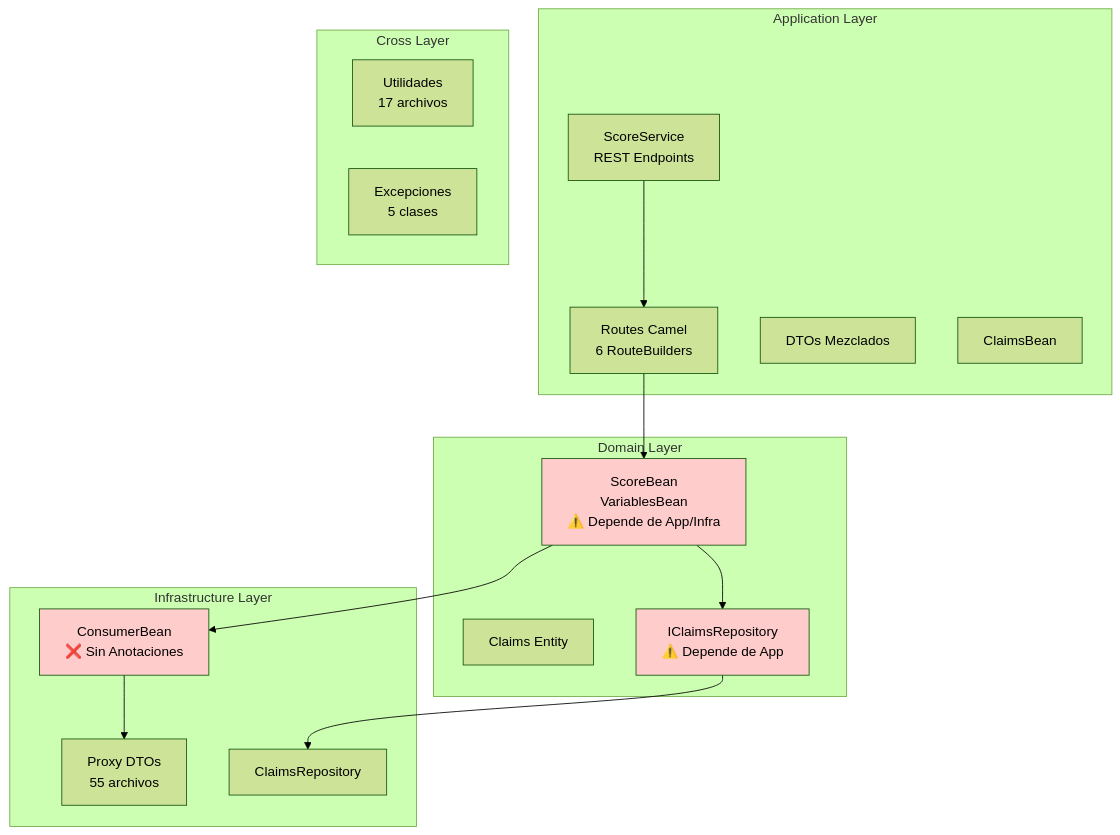
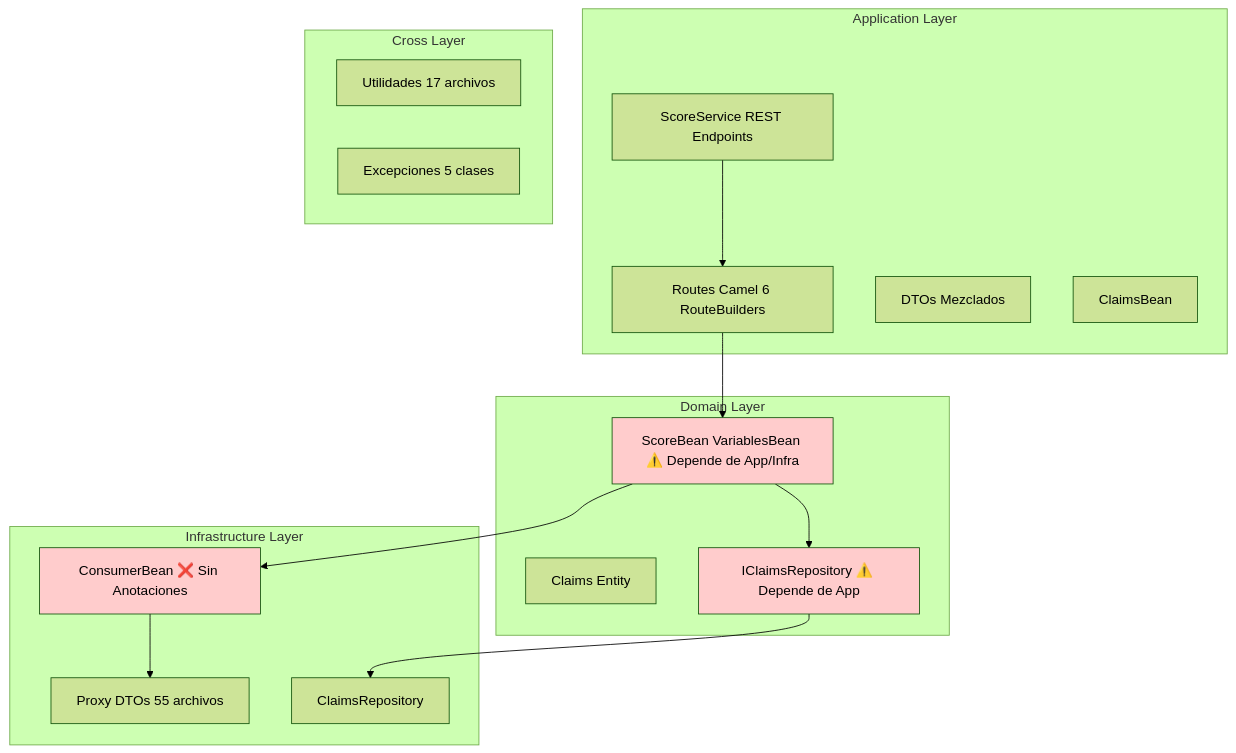
Before and after one commit to rrondinel/documents: diagram 14 of 27 in DIAGRAMAS_MERMAID_COMPARATIVOS.md, drawn with Mermaid (forest theme). The commit also changed other lines of this file, not shown here.

````diff
--- a/DIAGRAMAS_MERMAID_COMPARATIVOS.md
+++ b/DIAGRAMAS_MERMAID_COMPARATIVOS.md
@@ -577,37 +577,37 @@
 ```mermaid
 graph TB
     subgraph "Application Layer"
-        AppRoute[Routes Camel<br/>6 RouteBuilders]
-        AppService[ScoreService<br/>REST Endpoints]
-        AppDTO[DTOs Mezclados]
-        AppBean[ClaimsBean]
+        AppRoute["Routes Camel 6 RouteBuilders"]
+        AppService["ScoreService REST Endpoints"]
+        AppDTO["DTOs Mezclados"]
+        AppBean["ClaimsBean"]
     end
     
     subgraph "Domain Layer"
-        DomBean[ScoreBean<br/>VariablesBean<br/>⚠️ Depende de App/Infra]
-        DomEntity[Claims Entity]
-        DomRepo[IClaimsRepository<br/>⚠️ Depende de App]
+        DomBean["ScoreBean VariablesBean ⚠️ Depende de App/Infra"]
+        DomEntity["Claims Entity"]
+        DomRepo["IClaimsRepository ⚠️ Depende de App"]
     end
     
     subgraph "Infrastructure Layer"
-        InfraBean[ConsumerBean<br/>❌ Sin Anotaciones]
-        InfraProxy[Proxy DTOs<br/>55 archivos]
-        InfraRepo[ClaimsRepository]
+        InfraBean["ConsumerBean ❌ Sin Anotaciones"]
+        InfraProxy["Proxy DTOs 55 archivos"]
+        InfraRepo["ClaimsRepository"]
     end
     
     subgraph "Cross Layer"
-        CrossUtil[Utilidades<br/>17 archivos]
-        CrossExc[Excepciones<br/>5 clases]
+        CrossUtil["Utilidades 17 archivos"]
+        CrossExc["Excepciones 5 clases"]
     end
     
     AppService --> AppRoute
     AppRoute --> DomBean
     DomBean --> InfraBean
     InfraBean --> InfraProxy
     DomBean --> DomRepo
     DomRepo --> InfraRepo
     
     style DomBean fill:#ffcccc
     style DomRepo fill:#ffcccc
     style InfraBean fill:#ffcccc
 ```
````
